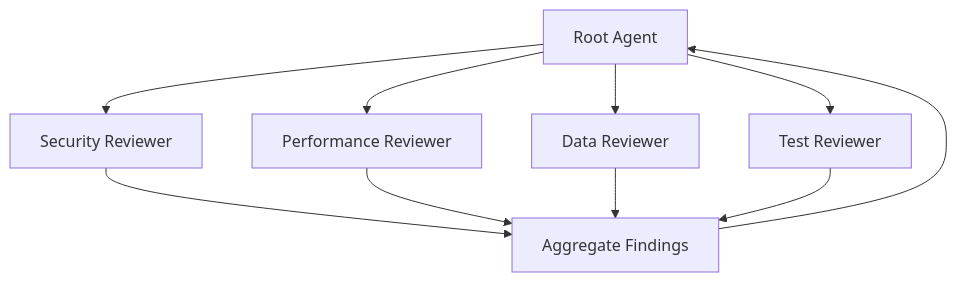
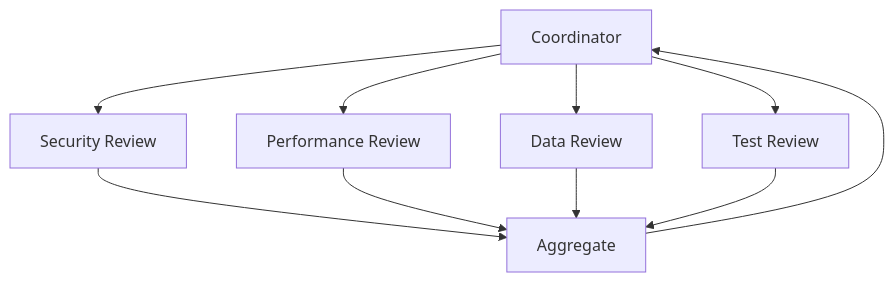
Before and after one commit to indigofeather/harness-book: the eighth of 10 diagrams in docs/applications/workflows.md, drawn with Mermaid. The commit also changed other lines of this file and 48 other files, not shown here.

````diff
--- a/docs/applications/workflows.md
+++ b/docs/applications/workflows.md
@@ -268,13 +173,12 @@
 ```mermaid
 flowchart TB
-  ROOT[Root Agent]
-  ROOT --> S[Security Reviewer]
-  ROOT --> P[Performance Reviewer]
-  ROOT --> D[Data Reviewer]
-  ROOT --> T[Test Reviewer]
-  S --> A[Aggregate Findings]
+  ROOT[Coordinator] --> S[Security Review]
+  ROOT --> P[Performance Review]
+  ROOT --> D[Data Review]
+  ROOT --> T[Test Review]
+  S --> A[Aggregate]
   P --> A
   D --> A
   T --> A
   A --> ROOT
 ```
````
